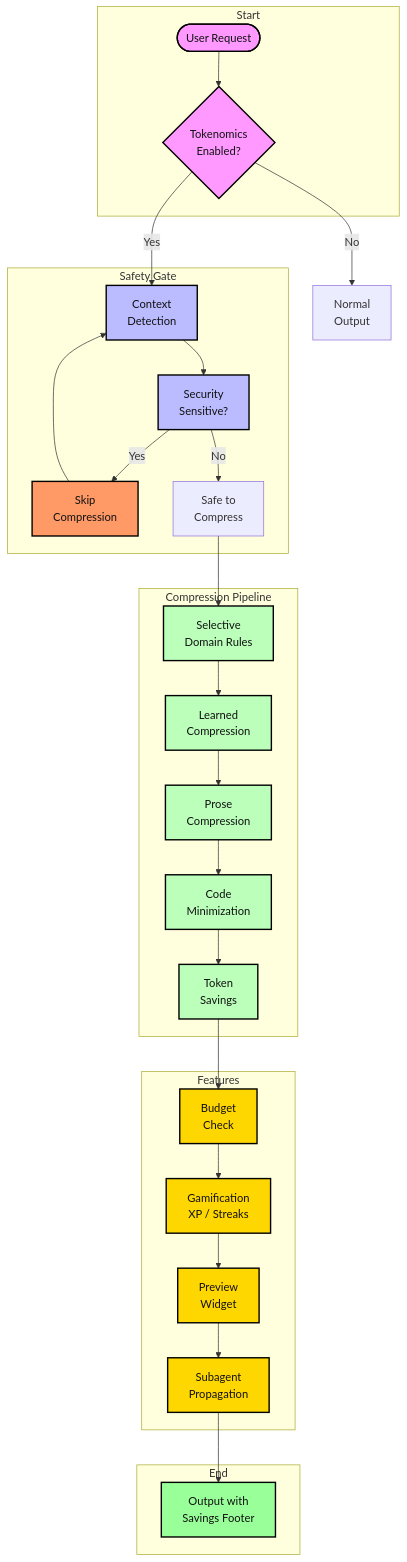
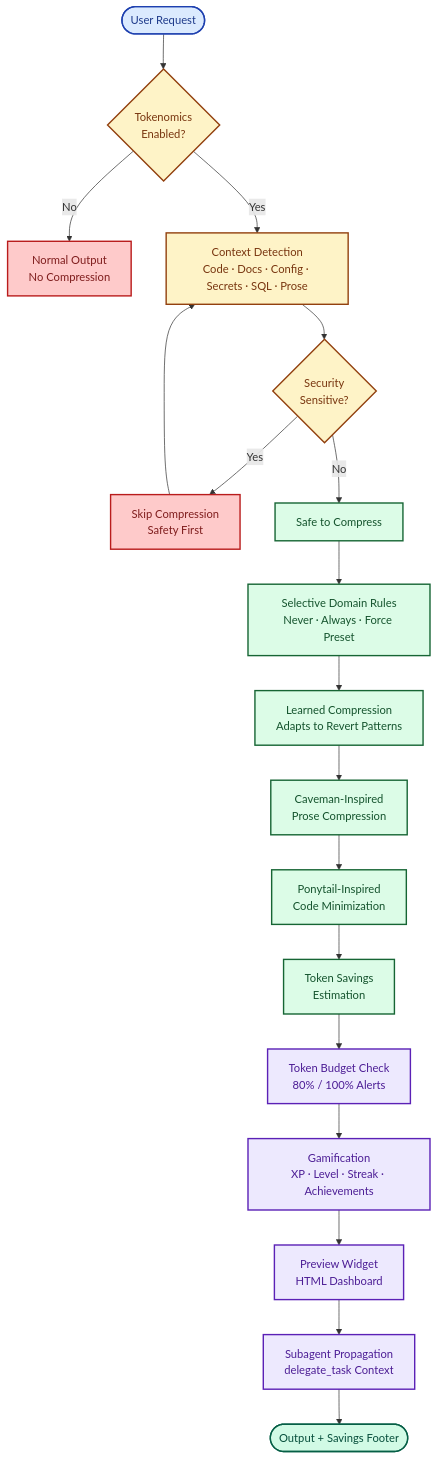
Before and after one commit to z99wE/tokenomics-plugin: the first of 3 diagrams in README.md, drawn with Mermaid. The commit also changed other lines of this file and 4 other files, not shown here.

Commit message:
Improve documentation, logo, mermaid diagrams, DSH trust signals

````diff
--- a/README.md
+++ b/README.md
@@ -45,49 +56,40 @@
 ```mermaid
 flowchart TD
-    subgraph Start ["Start"]
-        A([User Request]) --> B{Tokenomics<br/>Enabled?}
-    end
+    A([User Request]) --> B{Tokenomics<br/>Enabled?}
+    B -->|No| R[Normal Output<br/>No Compression]
+    B -->|Yes| D[Context Detection<br/>Code · Docs · Config · Secrets · SQL · Prose]
 
-    subgraph Safety ["Safety Gate"]
-        D[Context<br/>Detection] --> E[Security<br/>Sensitive?]
-        E -->|Yes| F[Skip<br/>Compression]
-        E -->|No| G[Safe to<br/>Compress]
-    end
+    D --> E{Security<br/>Sensitive?}
+    E -->|Yes| F[Skip Compression<br/>Safety First]
+    E -->|No| G[Safe to Compress]
 
-    subgraph Compress ["Compression Pipeline"]
-        G --> H[Selective<br/>Domain Rules]
-        H --> I[Learned<br/>Compression]
-        I --> J[Prose<br/>Compression]
-        J --> K[Code<br/>Minimization]
-        K --> L[Token<br/>Savings]
-    end
+    F --> D
+    G --> H[Selective Domain Rules<br/>Never · Always · Force Preset]
+    H --> I[Learned Compression<br/>Adapts to Revert Patterns]
+    I --> J[Caveman-Inspired<br/>Prose Compression]
+    J --> K[Ponytail-Inspired<br/>Code Minimization]
+    K --> L[Token Savings<br/>Estimation]
 
-    subgraph Features ["Features"]
-        L --> M[Budget<br/>Check]
-        M --> N[Gamification<br/>XP / Streaks]
-        N --> O[Preview<br/>Widget]
-        O --> P[Subagent<br/>Propagation]
-    end
+    L --> M[Token Budget Check<br/>80% / 100% Alerts]
+    M --> N[Gamification<br/>XP · Level · Streak · Achievements]
+    N --> O[Preview Widget<br/>HTML Dashboard]
+    O --> P[Subagent Propagation<br/>delegate_task Context]
+    P --> Q([Output + Savings Footer])
 
-    subgraph Final ["End"]
-        P --> Q[Output with<br/>Savings Footer]
-    end
+    classDef entry fill:#dbeafe,stroke:#1e40af,stroke-width:2px,color:#1e3a8a
+    classDef gate fill:#fef3c7,stroke:#92400e,stroke-width:2px,color:#78350f
+    classDef safety fill:#fee2e2,stroke:#991b1b,stroke-width:2px,color:#7f1d1d
+    classDef compress fill:#dcfce7,stroke:#166534,stroke-width:2px,color:#14532d
+    classDef feature fill:#ede9fe,stroke:#5b21b6,stroke-width:2px,color:#4c1d95
+    classDef done fill:#d1fae5,stroke:#065f46,stroke-width:2px,color:#064e3b
+    classDef skip fill:#fecaca,stroke:#b91c1c,stroke-width:2px,color:#7f1d1d
 
-    B -->|No| R[Normal<br/>Output]
-    B -->|Yes| D
-    F --> D
-
-    classDef start fill:#f9f,stroke:#000,stroke-width:2px,color:#111
-    classDef safety fill:#bbf,stroke:#000,stroke-width:2px,color:#111
-    classDef compress fill:#bfb,stroke:#000,stroke-width:2px,color:#111
-    classDef features fill:#ffd700,stroke:#000,stroke-width:2px,color:#111
-    classDef completed fill:#9f9,stroke:#000,stroke-width:2px,color:#111
-    classDef skip fill:#f96,stroke:#000,stroke-width:2px,color:#111
-
-    class A,B start
-    class D,E,F safety
-    class H,I,J,K,L compress
-    class M,N,O,P features
-    class Q completed
+    class A,Q entry
+    class B,D,E gate
+    class F safety
+    class G,H,I,J,K,L compress
+    class M,N,O,P feature
+    class Q done
     class F skip
+    class R skip
 ```
````
